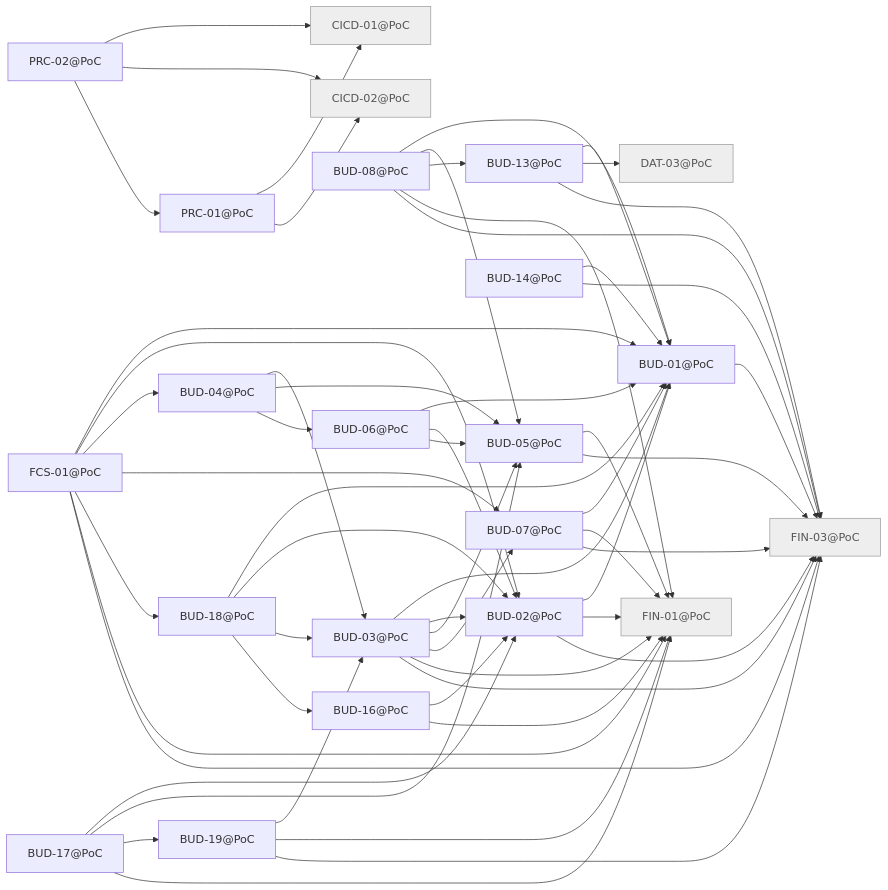
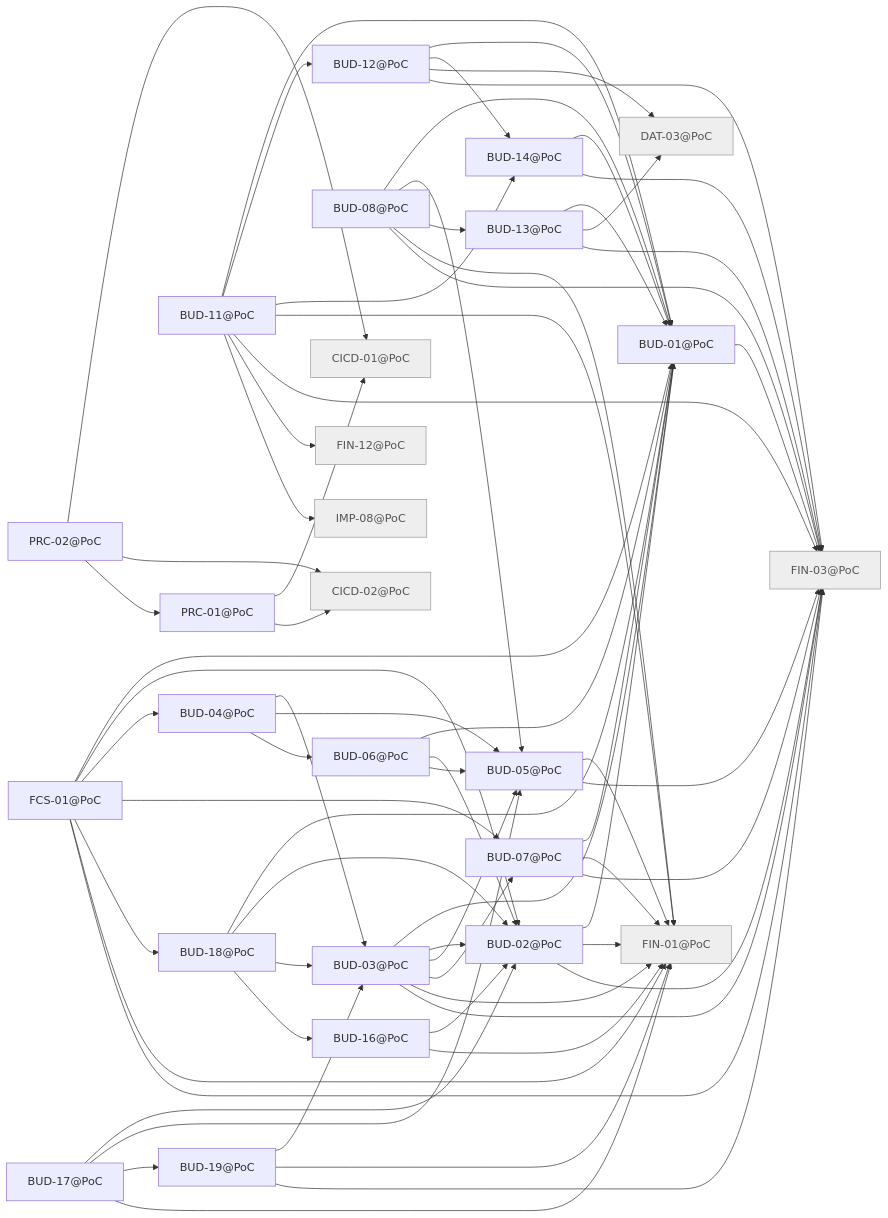
One commit to minakovval/Willowsum changed the diagram in docs/traceability/release-poc.md. Above: the diagram before and after it, drawn with Mermaid. The commit also changed other lines of this file and 34 other files, not shown here.

````diff
--- a/docs/traceability/release-poc.md
+++ b/docs/traceability/release-poc.md
@@ -40,6 +42,8 @@
   BUD_06_PoC["BUD-06@PoC"]
   BUD_07_PoC["BUD-07@PoC"]
   BUD_08_PoC["BUD-08@PoC"]
+  BUD_11_PoC["BUD-11@PoC"]
+  BUD_12_PoC["BUD-12@PoC"]
   BUD_13_PoC["BUD-13@PoC"]
   BUD_14_PoC["BUD-14@PoC"]
   BUD_16_PoC["BUD-16@PoC"]
@@ -52,6 +56,8 @@
   FCS_01_PoC["FCS-01@PoC"]
   FIN_01_PoC["FIN-01@PoC"]
   FIN_03_PoC["FIN-03@PoC"]
+  FIN_12_PoC["FIN-12@PoC"]
+  IMP_08_PoC["IMP-08@PoC"]
   PRC_01_PoC["PRC-01@PoC"]
   PRC_02_PoC["PRC-02@PoC"]
   BUD_01_PoC --> FIN_03_PoC
@@ -80,6 +86,17 @@
   BUD_08_PoC --> BUD_13_PoC
   BUD_08_PoC --> FIN_01_PoC
   BUD_08_PoC --> FIN_03_PoC
+  BUD_11_PoC --> BUD_01_PoC
+  BUD_11_PoC --> BUD_12_PoC
+  BUD_11_PoC --> BUD_14_PoC
+  BUD_11_PoC --> FIN_01_PoC
+  BUD_11_PoC --> FIN_03_PoC
+  BUD_11_PoC --> FIN_12_PoC
+  BUD_11_PoC --> IMP_08_PoC
+  BUD_12_PoC --> BUD_01_PoC
+  BUD_12_PoC --> BUD_14_PoC
+  BUD_12_PoC --> DAT_03_PoC
+  BUD_12_PoC --> FIN_03_PoC
   BUD_13_PoC --> BUD_01_PoC
   BUD_13_PoC --> DAT_03_PoC
   BUD_13_PoC --> FIN_03_PoC
@@ -111,5 +128,5 @@
   PRC_02_PoC --> CICD_02_PoC
   PRC_02_PoC --> PRC_01_PoC
   classDef notMigrated fill:#eee,stroke:#999,color:#555
-  class CICD_01_PoC,CICD_02_PoC,DAT_03_PoC,FIN_01_PoC,FIN_03_PoC notMigrated
+  class CICD_01_PoC,CICD_02_PoC,DAT_03_PoC,FIN_01_PoC,FIN_03_PoC,FIN_12_PoC,IMP_08_PoC notMigrated
 ```
````
